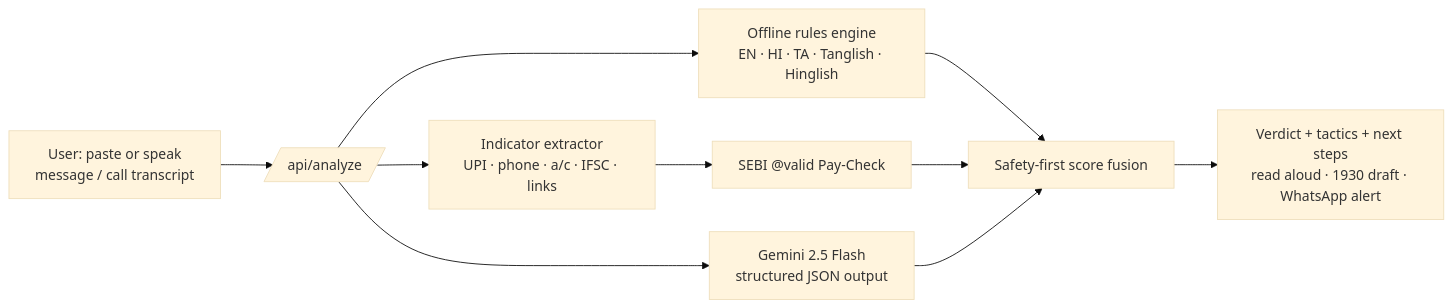
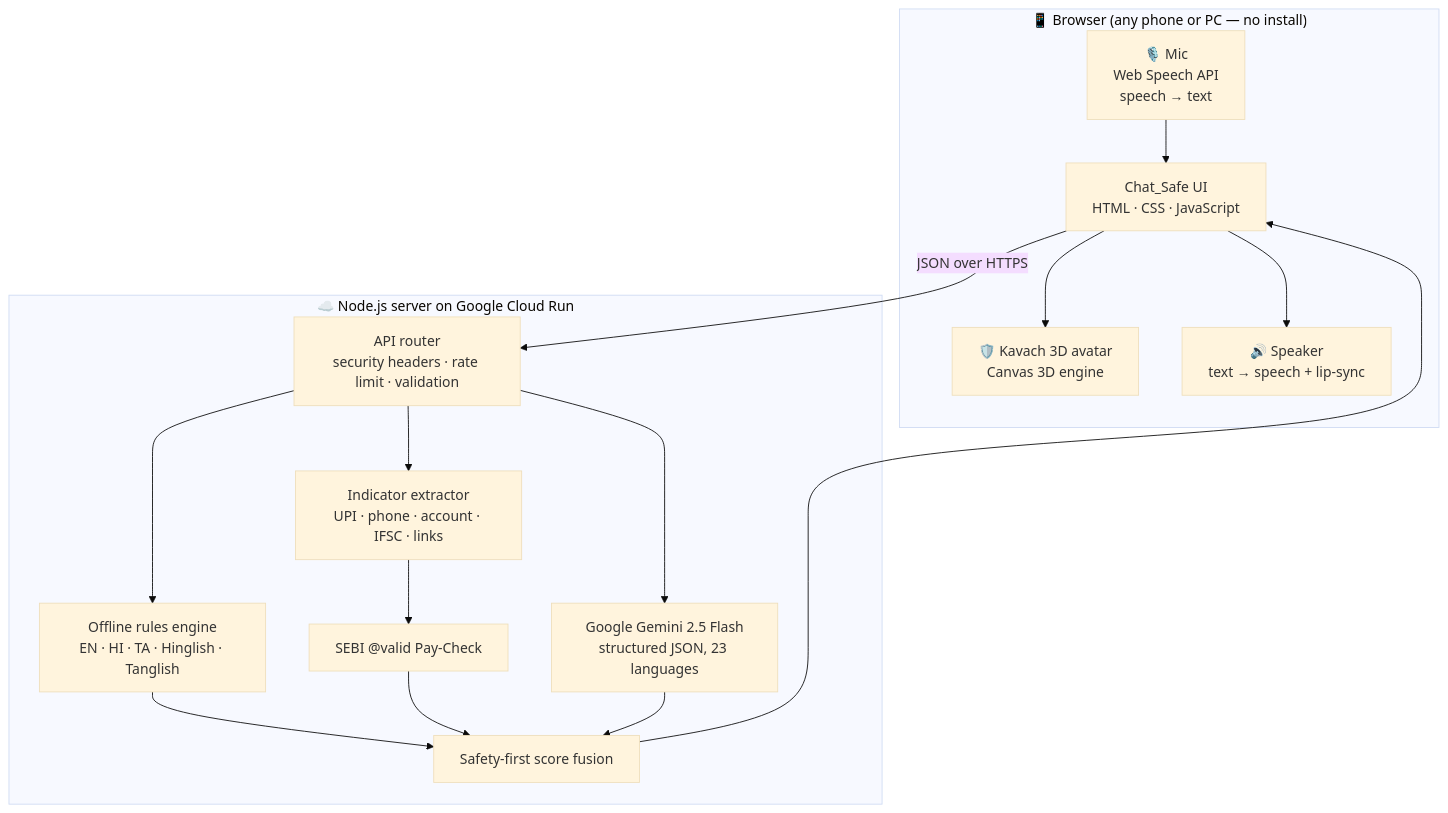
Before and after one commit to G-Jayakiruthika/Chat_Safe: the first of 2 diagrams in README.md, drawn with Mermaid (base theme). The commit also changed other lines of this file and 12 other files, not shown here.

First line of the commit message:
Chat_Safe 2.0 web app: Kavach 3D voice agent, 23 languages, light/dark theme, animations

````diff
--- a/README.md
+++ b/README.md
@@ -32,10 +31,19 @@
 ```mermaid
-flowchart LR
-  U[User: paste or speak<br/>message / call transcript] --> API[/api/analyze/]
-  API --> R[Offline rules engine<br/>EN · HI · TA · Tanglish · Hinglish]
-  API --> X[Indicator extractor<br/>UPI · phone · a/c · IFSC · links]
-  X --> P[SEBI @valid Pay-Check]
-  API --> G[Gemini 2.5 Flash<br/>structured JSON output]
-  R & P & G --> S[Safety-first score fusion]
-  S --> O[Verdict + tactics + next steps<br/>read aloud · 1930 draft · WhatsApp alert]
+flowchart TB
+  subgraph Browser["📱 Browser (any phone or PC — no install)"]
+    MIC[🎙️ Mic<br/>Web Speech API<br/>speech → text] --> UI
+    UI[Chat_Safe UI<br/>HTML · CSS · JavaScript]
+    UI --> AV[🛡️ Kavach 3D avatar<br/>Canvas 3D engine]
+    UI --> TTS[🔊 Speaker<br/>text → speech + lip-sync]
+  end
+  UI -- "JSON over HTTPS" --> API
+  subgraph Server["☁️ Node.js server on Google Cloud Run"]
+    API[API router<br/>security headers · rate limit · validation]
+    API --> RULES[Offline rules engine<br/>EN · HI · TA · Hinglish · Tanglish]
+    API --> EXT[Indicator extractor<br/>UPI · phone · account · IFSC · links]
+    EXT --> SEBI[SEBI @valid Pay-Check]
+    API --> GEM[Google Gemini 2.5 Flash<br/>structured JSON, 23 languages]
+    RULES & SEBI & GEM --> FUSE[Safety-first score fusion]
+  end
+  FUSE --> UI
 ```
````
